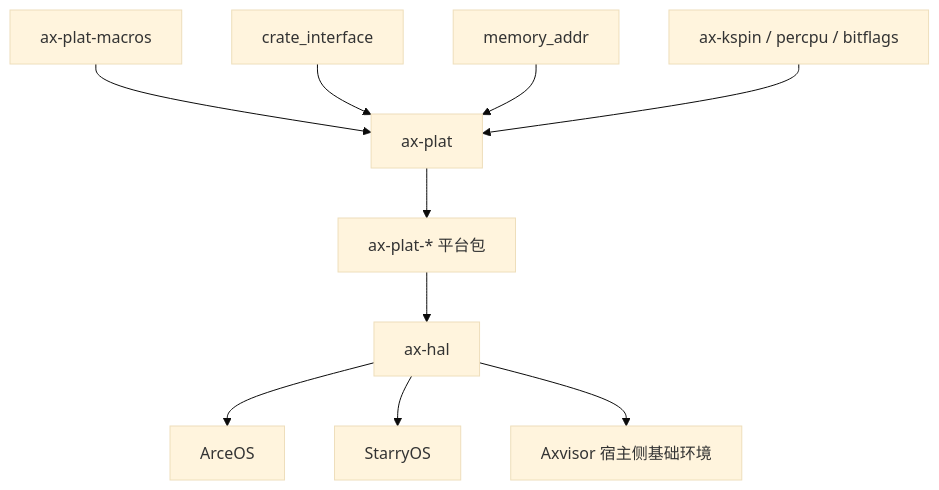
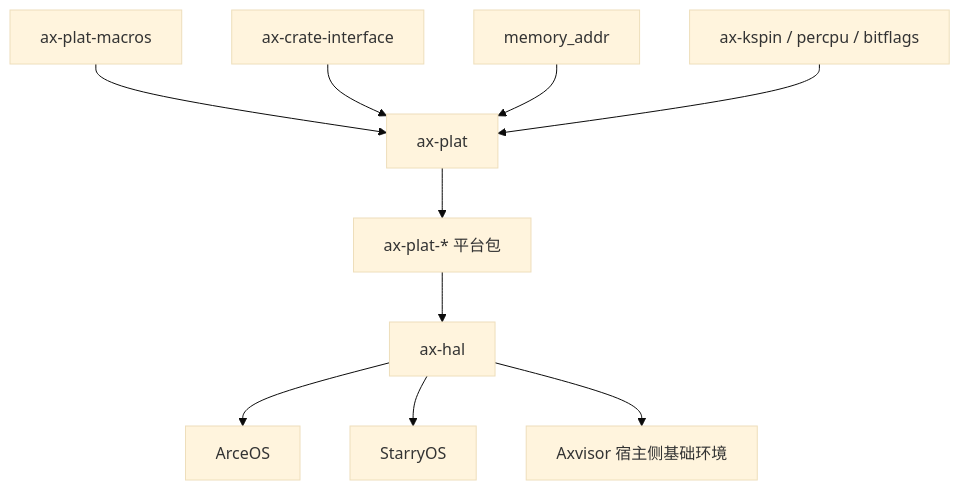
One commit to LorenzLorentz/tgoskits changed the second of 2 diagrams in docs/crates/ax-plat.md. Above: the diagram before and after it, drawn with Mermaid (base theme). The commit also changed other lines of this file and 65 other files, not shown here.

Commit message:
rename crate_interface to ax-crate-interface

````diff
--- a/docs/crates/ax-plat.md
+++ b/docs/crates/ax-plat.md
@@ -206,13 +206,13 @@
 ```mermaid
 graph TD
     A[ax-plat-macros] --> B[ax-plat]
-    C[crate_interface] --> B
+    C[ax-crate-interface] --> B
     D[memory_addr] --> B
     E[ax-kspin / percpu / bitflags] --> B
 
     B --> F[ax-plat-* 平台包]
     F --> G[ax-hal]
     G --> H[ArceOS]
     G --> I[StarryOS]
     G --> J[Axvisor 宿主侧基础环境]
 ```
````
